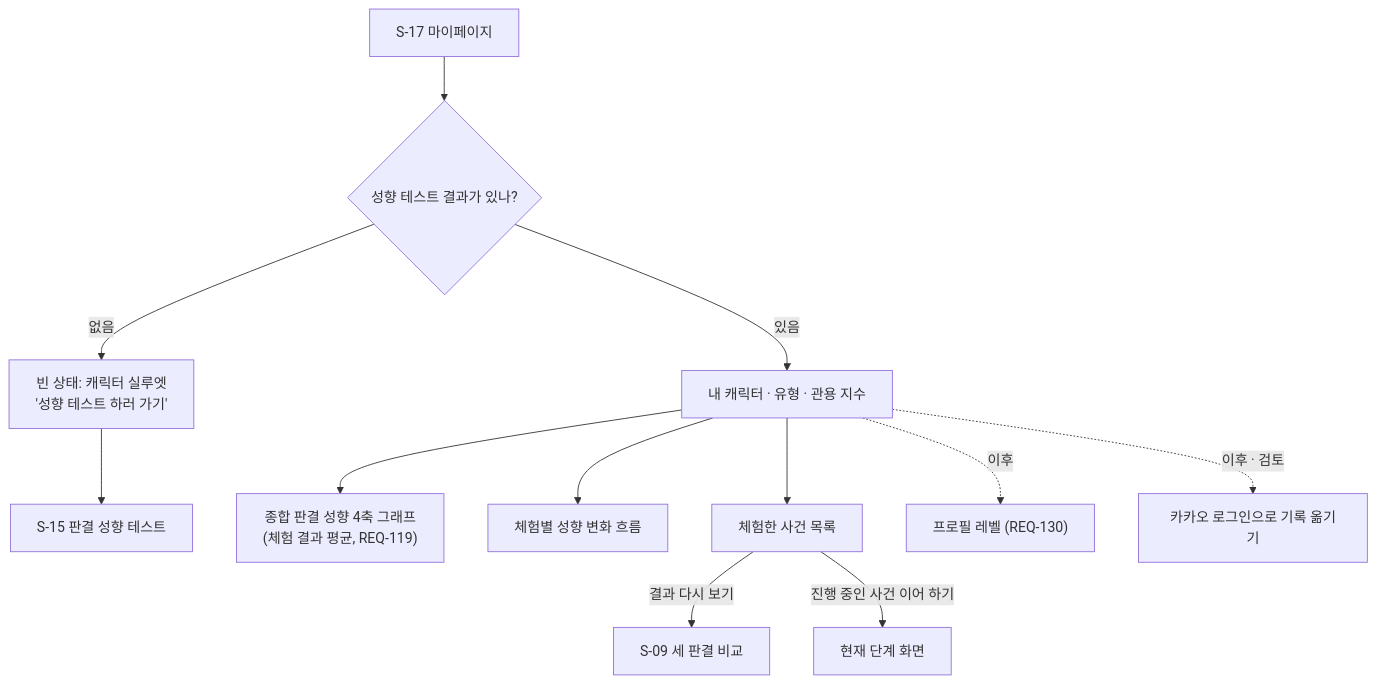
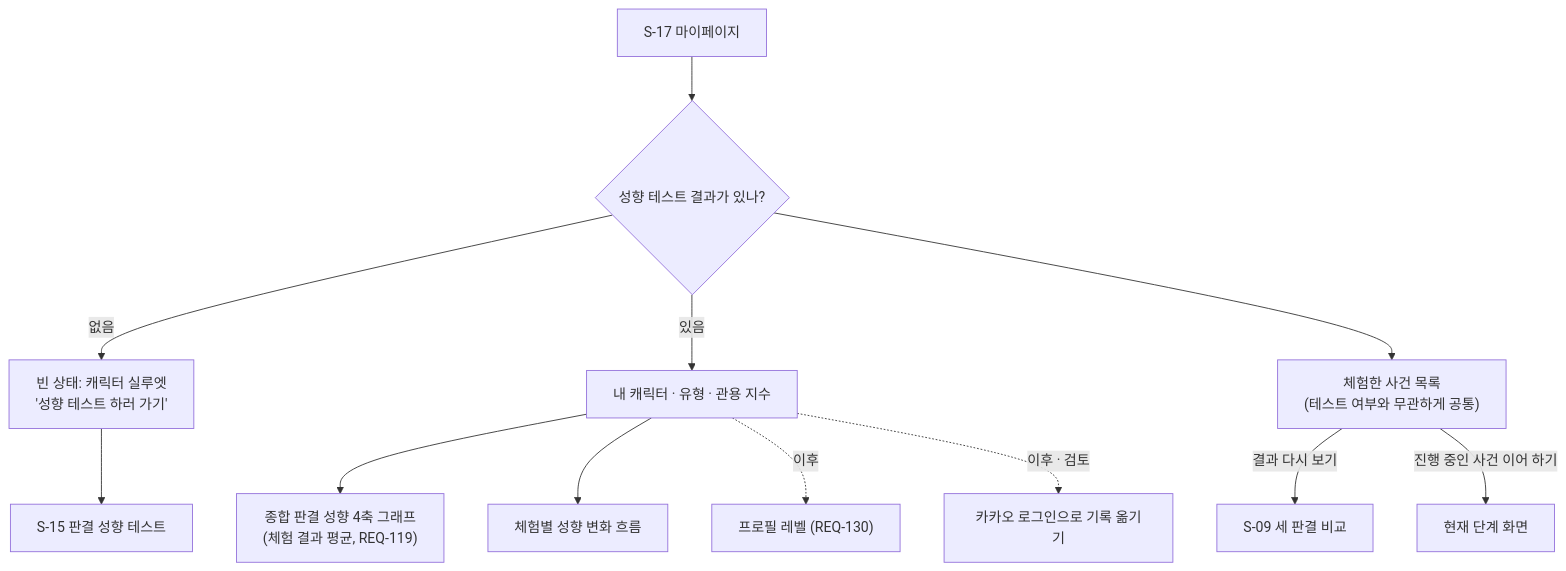
One commit to prgrms-aibe-devcourse/AIBE7_FinalProject_Team2 changed the sixth of 8 diagrams in docs/user-flow.md. Above: the diagram before and after it, drawn with Mermaid. The commit also changed 2 other files, not shown here.

Commit message:
fix : COMMON-20 코드 리뷰 반영 (AI 비교 분석 제외 표현 통일 · 마이페이지 체험 목록 접근 흐름 · 표 다음 빈 줄)

````diff
--- a/docs/user-flow.md
+++ b/docs/user-flow.md
@@ -271,14 +271,14 @@
 ```mermaid
 flowchart TD
     MY["S-17 마이페이지"] --> D1{"성향 테스트 결과가 있나?"}
     D1 -->|없음| E["빈 상태: 캐릭터 실루엣<br/>'성향 테스트 하러 가기'"]
     E --> T["S-15 판결 성향 테스트"]
     D1 -->|있음| P["내 캐릭터 · 유형 · 관용 지수"]
     P --> G["종합 판결 성향 4축 그래프<br/>(체험 결과 평균, REQ-119)"]
     P --> F["체험별 성향 변화 흐름"]
-    P --> H["체험한 사건 목록"]
+    D1 --> H["체험한 사건 목록<br/>(테스트 여부와 무관하게 공통)"]
     H -->|결과 다시 보기| S9["S-09 세 판결 비교"]
     H -->|진행 중인 사건 이어 하기| X["현재 단계 화면"]
     P -.->|이후| LV["프로필 레벨 (REQ-130)"]
     P -.->|이후 · 검토| LG["카카오 로그인으로 기록 옮기기"]
 ```
````
